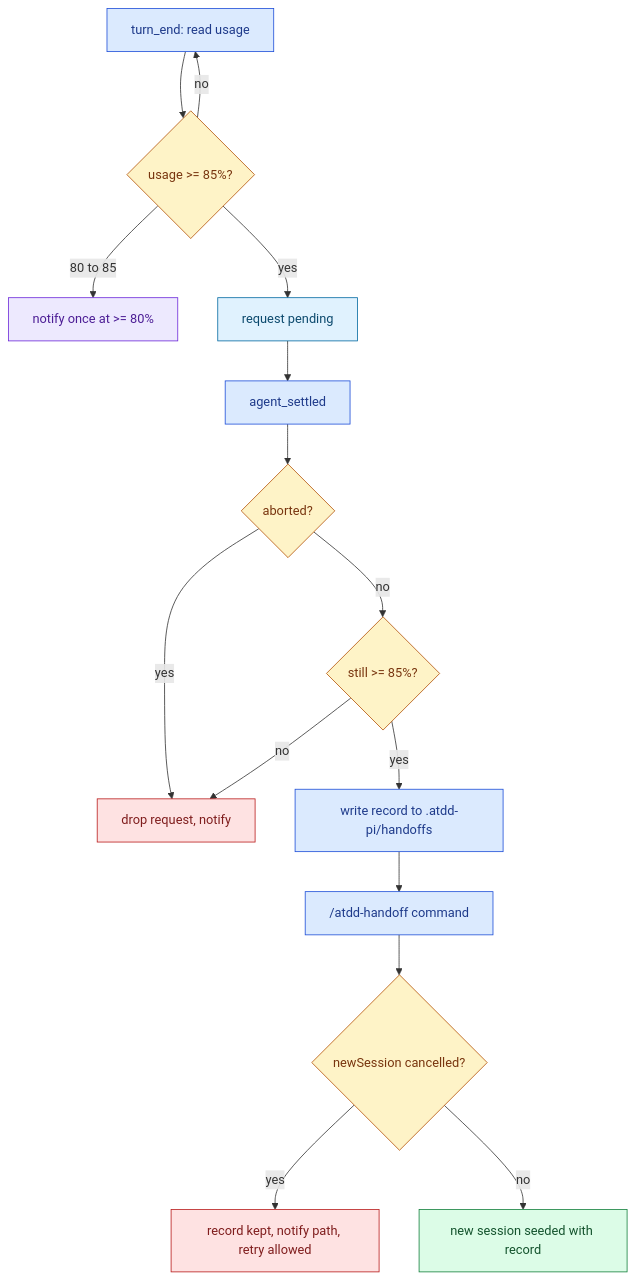
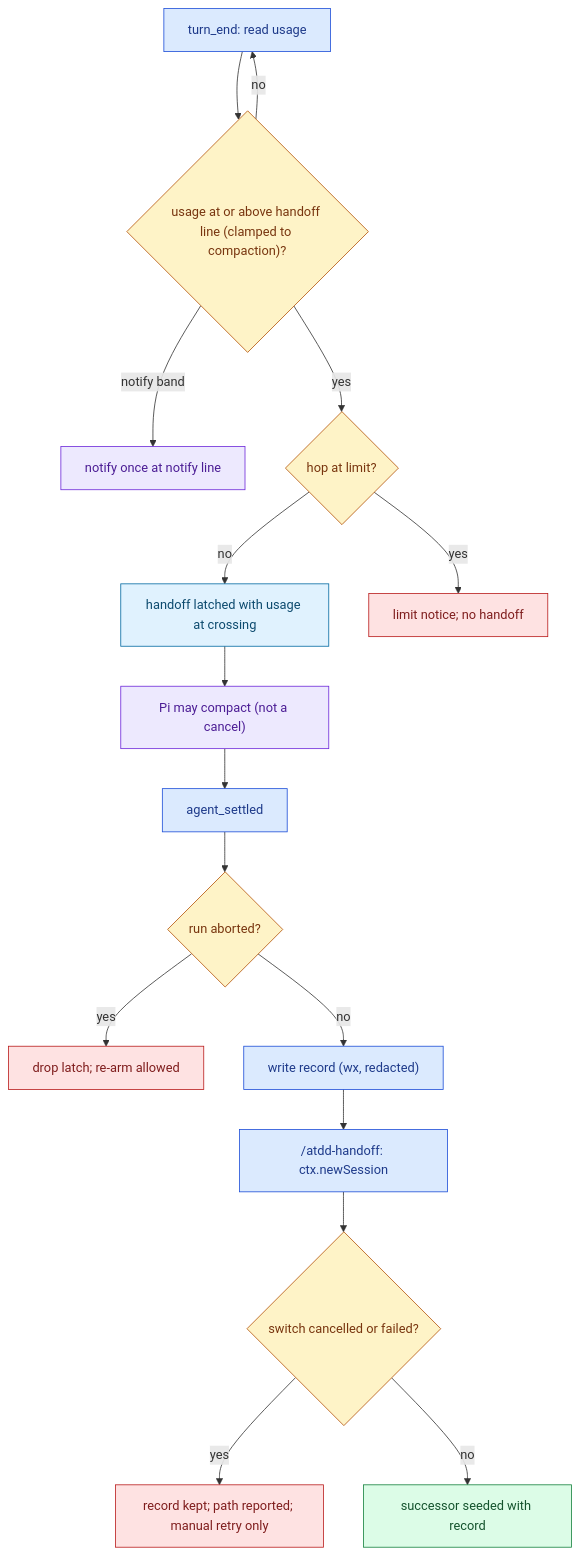
The diagram in docs/PLT-102-CONTEXT-HANDOFF.md (afokapu/pi-atdd), drawn with Mermaid before and after one commit. The commit also changed other lines of this file and 12 other files, not shown here.

````diff
--- a/docs/PLT-102-CONTEXT-HANDOFF.md
+++ b/docs/PLT-102-CONTEXT-HANDOFF.md
@@ -53,38 +53,38 @@
 ```mermaid
 flowchart TD
     Turn["turn_end: read usage"]:::step
-    Check{"usage >= 85%?"}:::decide
-    Notify["notify once at >= 80%"]:::note
-    Armed["request pending"]:::wait
+    Check{"usage at or above handoff line (clamped to compaction)?"}:::decide
+    Notify["notify once at notify line"]:::note
+    Latch["handoff latched with usage at crossing"]:::wait
+    Compact["Pi may compact (not a cancel)"]:::note
     Settle["agent_settled"]:::step
-    Abort{"aborted?"}:::decide
-    Recheck{"still >= 85%?"}:::decide
-    Drop["drop request, notify"]:::stop
-    Write["write record to .atdd-pi/handoffs"]:::step
-    Cmd["/atdd-handoff command"]:::step
-    Switch{"newSession cancelled?"}:::decide
-    Keep["record kept, notify path, retry allowed"]:::stop
-    New["new session seeded with record"]:::ok
+    Abort{"run aborted?"}:::decide
+    Drop["drop latch; re-arm allowed"]:::stop
+    Hop{"hop at limit?"}:::decide
+    Limit["limit notice; no handoff"]:::stop
+    Write["write record (wx, redacted)"]:::step
+    Cmd["/atdd-handoff: ctx.newSession"]:::step
+    Switch{"switch cancelled or failed?"}:::decide
+    Keep["record kept; path reported; manual retry only"]:::stop
+    New["successor seeded with record"]:::ok
 
     Turn --> Check
-    Check -- yes --> Armed
-    Check -- "80 to 85" --> Notify
+    Check -- yes --> Hop
+    Check -- "notify band" --> Notify
     Check -- no --> Turn
-    Armed --> Settle
+    Hop -- yes --> Limit
+    Hop -- no --> Latch
+    Latch --> Compact --> Settle
     Settle --> Abort
     Abort -- yes --> Drop
-    Abort -- no --> Recheck
-    Recheck -- no --> Drop
-    Recheck -- yes --> Write
-    Write --> Cmd
-    Cmd --> Switch
+    Abort -- no --> Write --> Cmd --> Switch
     Switch -- yes --> Keep
     Switch -- no --> New
 
     classDef step fill:#dbeafe,stroke:#1d4ed8,color:#1e3a8a
     classDef decide fill:#fef3c7,stroke:#b45309,color:#78350f
     classDef note fill:#ede9fe,stroke:#6d28d9,color:#4c1d95
     classDef wait fill:#e0f2fe,stroke:#0369a1,color:#0c4a6e
     classDef stop fill:#fee2e2,stroke:#b91c1c,color:#7f1d1d
     classDef ok fill:#dcfce7,stroke:#15803d,color:#14532d
 ```
````
